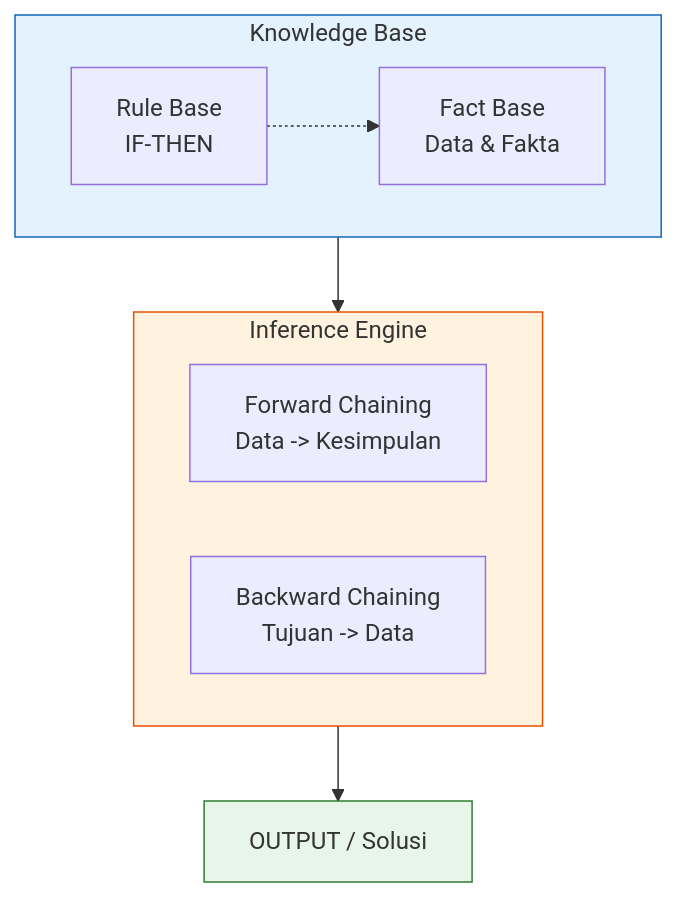
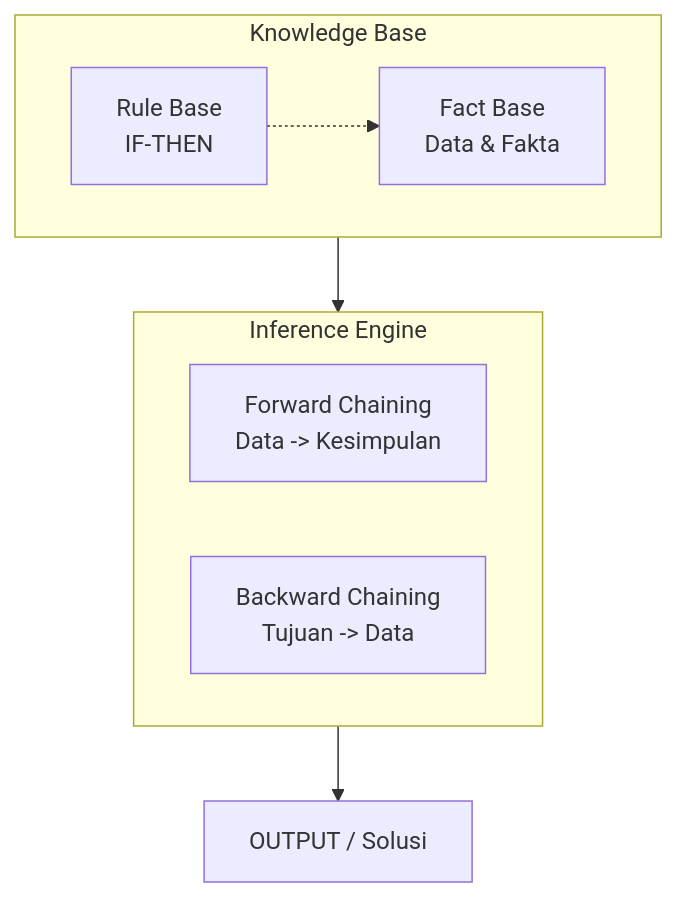
The sixth of 9 diagrams in bab-03-representasi.md (antonprafanto/dasarAI2026), drawn with Mermaid before and after one commit. The commit also changed other lines of this file and 8 other files, not shown here.

Commit message:
Fix: Remove custom Mermaid styling for better dark mode visibility

````diff
--- a/bab-03-representasi.md
+++ b/bab-03-representasi.md
@@ -464,21 +444,17 @@
 ```mermaid
 graph TD
     subgraph KB[Knowledge Base]
         Rules[Rule Base<br/>IF-THEN]
         Facts[Fact Base<br/>Data & Fakta]
     end
 
     subgraph Engine[Inference Engine]
         FC[Forward Chaining<br/>Data -> Kesimpulan]
         BC[Backward Chaining<br/>Tujuan -> Data]
     end
 
     KB --> Engine
     Engine --> Output[OUTPUT / Solusi]
 
     Rules -.-> Facts
-
-    style KB fill:#e3f2fd,stroke:#1565c0
-    style Engine fill:#fff3e0,stroke:#e65100
-    style Output fill:#e8f5e9,stroke:#2e7d32
 ```
````
